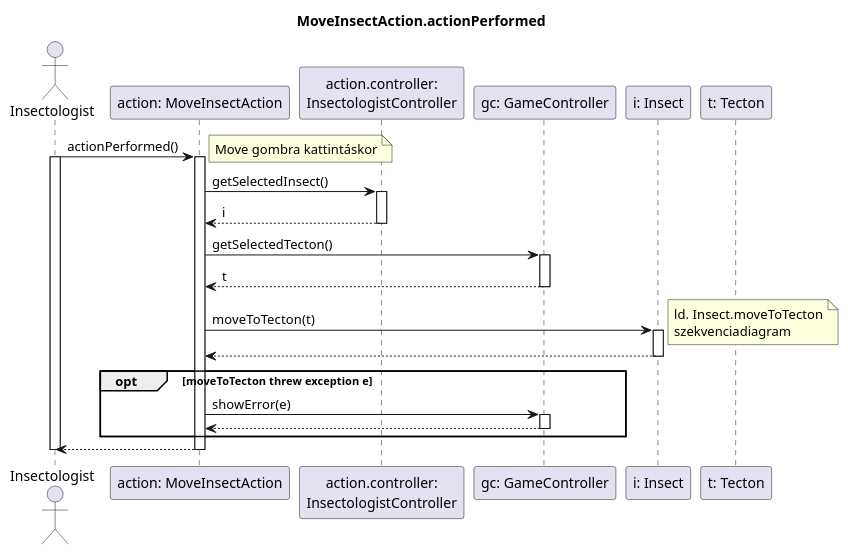
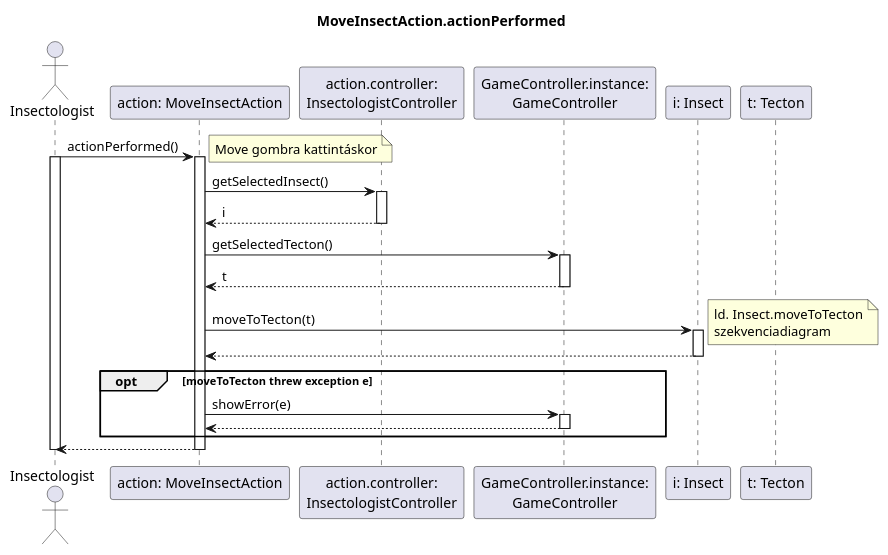
One commit to dzsem/projlab changed the diagram in diagrams/mvc-sequence/moveInsectAction.plantuml. Above: the diagram before and after it, drawn with PlantUML.

Commit message:
moveInsectAction GC instance

```diff
--- a/diagrams/mvc-sequence/moveInsectAction.plantuml
+++ b/diagrams/mvc-sequence/moveInsectAction.plantuml
@@ -1,48 +1,48 @@
 @startuml moveInsectAction
 
 title MoveInsectAction.actionPerformed
 
 actor "Insectologist" as i
 participant "action: MoveInsectAction" as a
 participant "action.controller:\nInsectologistController" as c
-participant "gc: GameController" as gc
+participant "GameController.instance:\nGameController" as gc
 participant "i: Insect" as ins
 participant "t: Tecton" as tec
 
 i -> a: actionPerformed()
 note right: Move gombra kattintáskor
 activate a
 activate i
 
 	a -> c: getSelectedInsect()
 	activate c
 
 	a <-- c: i
 	deactivate c
 
 	a -> gc: getSelectedTecton()
 	activate gc
 
 	a <-- gc: t
 	deactivate gc
 
 	a -> ins: moveToTecton(t)
 	note right: ld. Insect.moveToTecton\nszekvenciadiagram
 	activate ins
 
 	a <-- ins
 	deactivate ins
 	
 	opt moveToTecton threw exception e
 		a -> gc: showError(e)
 		activate gc
 
 		a <-- gc
 		deactivate gc
 	end
 
 i <-- a
 deactivate i
 deactivate a
 
 @enduml
```
